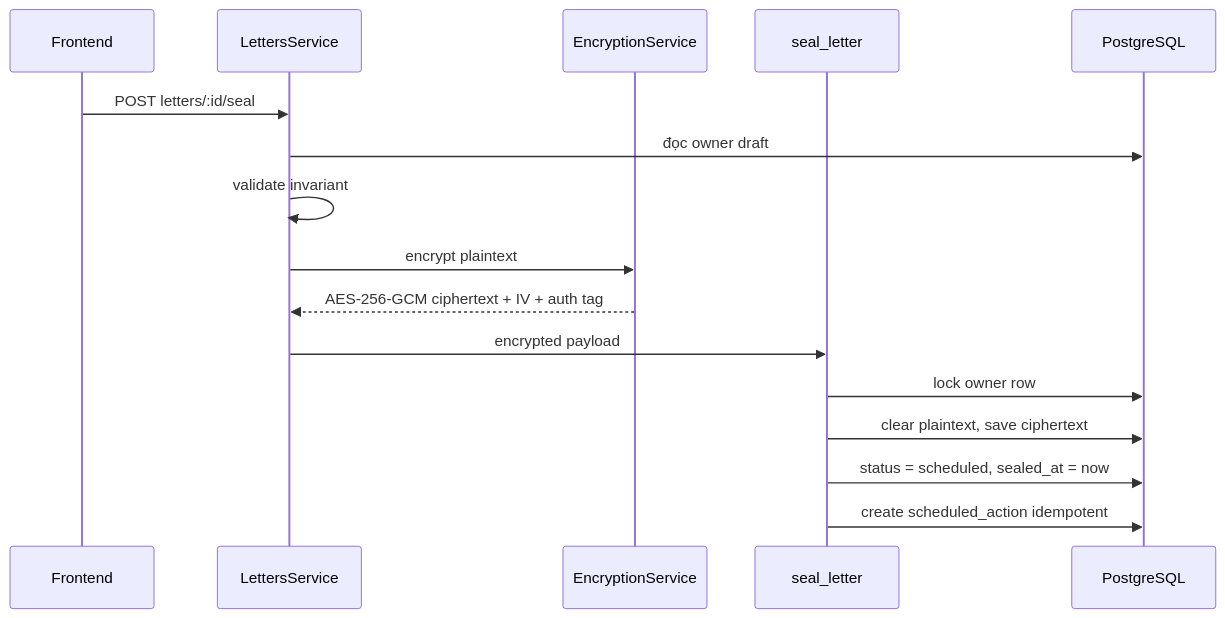
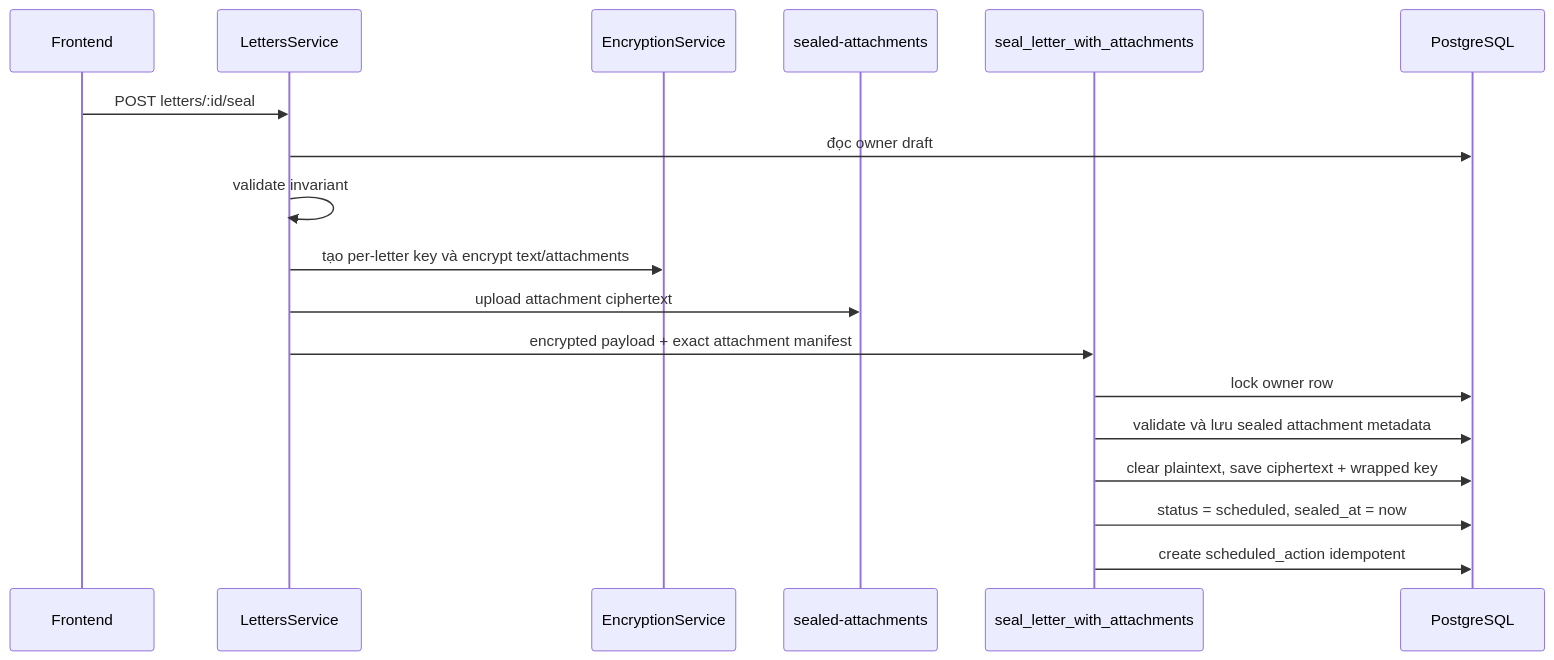
One commit to khoadanwneee/PostDrop changed the fourth of 4 diagrams in docs/system-architecture.md. Above: the diagram before and after it, drawn with Mermaid. The commit also changed other lines of this file and 14 other files, not shown here.

Commit message:
feat(backend): encrypt attachments when sealing letters

```diff
--- a/docs/system-architecture.md
+++ b/docs/system-architecture.md
@@ -179,19 +188,21 @@
 ~~~mermaid
 sequenceDiagram
     participant FE as Frontend
     participant API as LettersService
     participant ENC as EncryptionService
-    participant RPC as seal_letter
+    participant STORAGE as sealed-attachments
+    participant RPC as seal_letter_with_attachments
     participant DB as PostgreSQL
 
     FE->>API: POST letters/:id/seal
     API->>DB: đọc owner draft
     API->>API: validate invariant
-    API->>ENC: encrypt plaintext
-    ENC-->>API: AES-256-GCM ciphertext + IV + auth tag
-    API->>RPC: encrypted payload
+    API->>ENC: tạo per-letter key và encrypt text/attachments
+    API->>STORAGE: upload attachment ciphertext
+    API->>RPC: encrypted payload + exact attachment manifest
     RPC->>DB: lock owner row
-    RPC->>DB: clear plaintext, save ciphertext
+    RPC->>DB: validate và lưu sealed attachment metadata
+    RPC->>DB: clear plaintext, save ciphertext + wrapped key
     RPC->>DB: status = scheduled, sealed_at = now
     RPC->>DB: create scheduled_action idempotent
 ~~~
```
